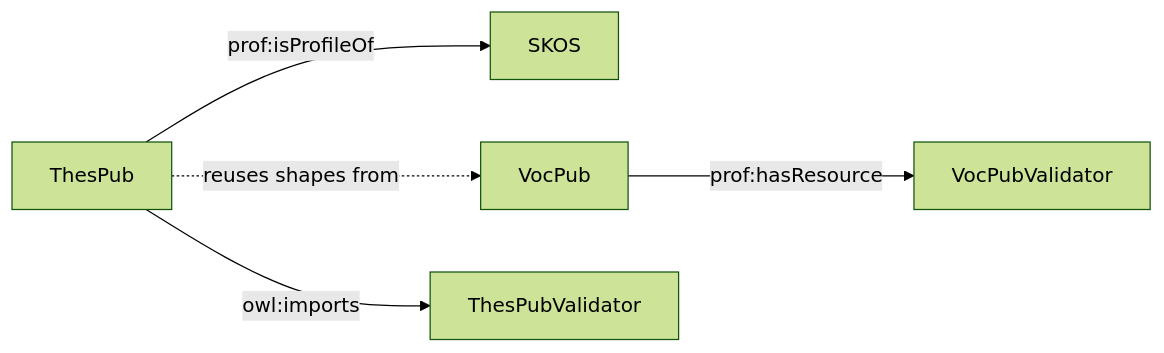
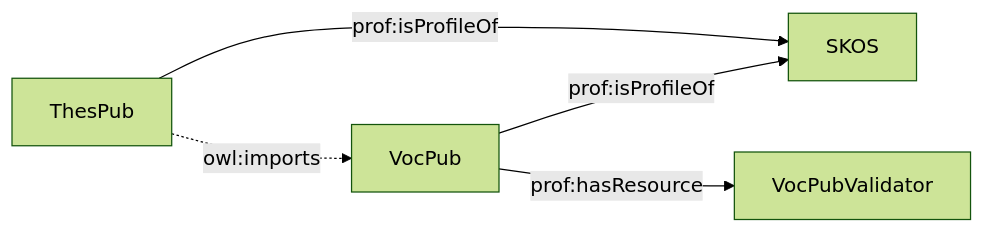
One commit to leskneebone/thespub changed the second of 2 diagrams in README.md. Above: the diagram before and after it, drawn with Mermaid (forest theme).

Commit message:
Update README.md
diagram WIP

````diff
--- a/README.md
+++ b/README.md
@@ -35,7 +35,7 @@
 ```mermaid
 flowchart LR
   ThesPub -->|prof:isProfileOf| SKOS
-  ThesPub -.->|reuses shapes from| VocPub
-  ThesPub -->|owl:imports| ThesPubValidator
+  VocPub -->|prof:isProfileOf| SKOS
+  ThesPub -.->|owl:imports| VocPub
   VocPub -->|prof:hasResource| VocPubValidator
 ```
````
